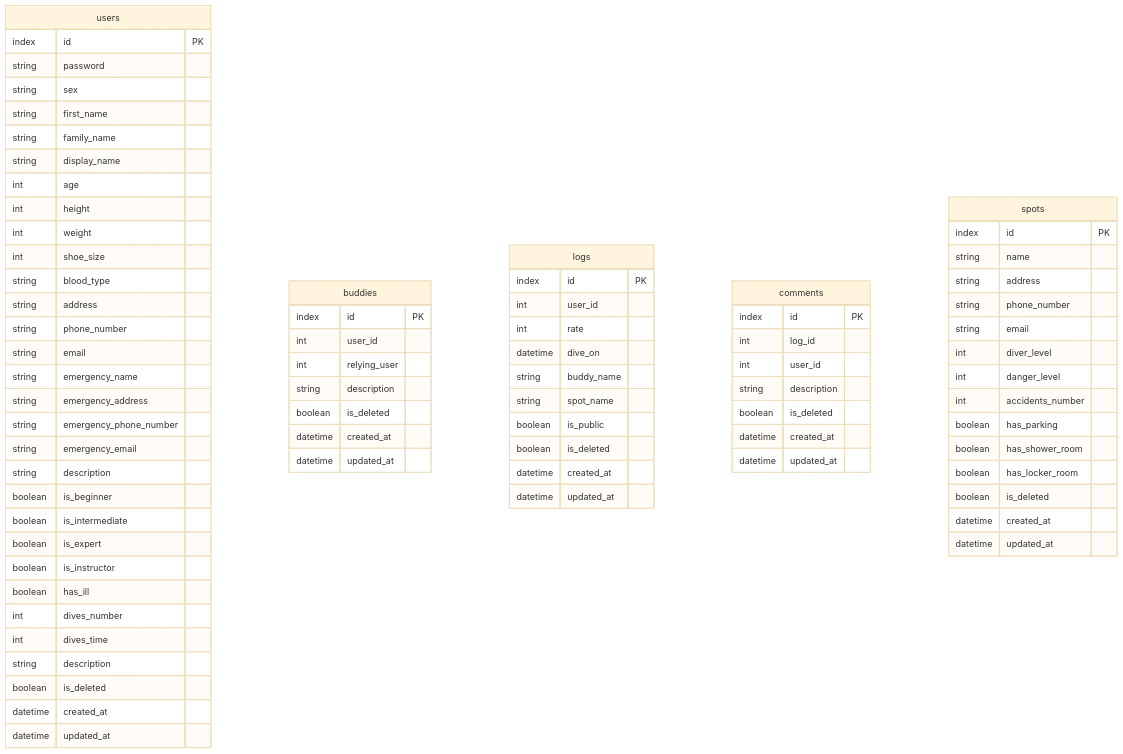
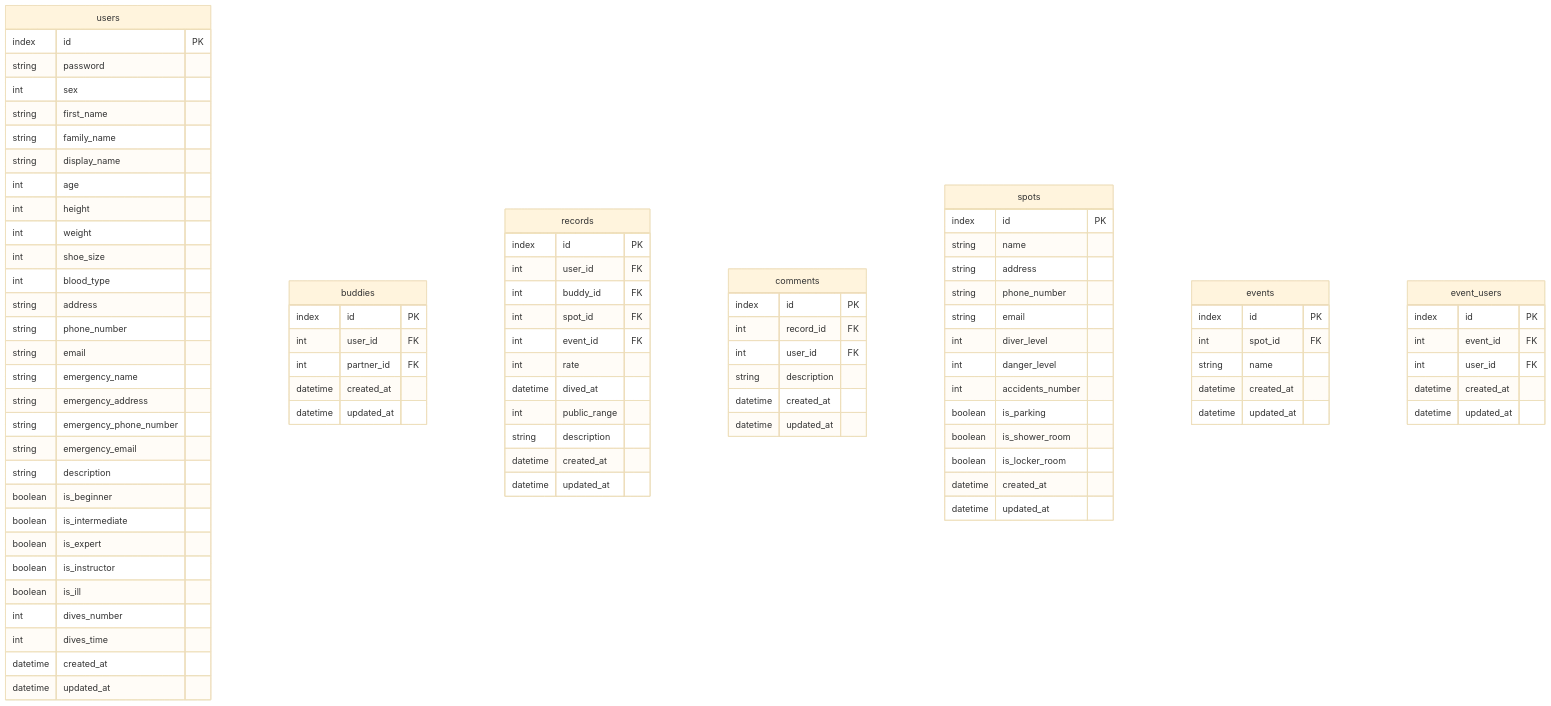
Before and after one commit to ito-hisanori/Sonar: the diagram in docs/ER.md, drawn with Mermaid (base theme).

```diff
--- a/docs/ER.md
+++ b/docs/ER.md
@@ -4,7 +4,7 @@
   users {
     index id PK
     string password
-    string sex
+    int sex
     string first_name
     string family_name
     string display_name
@@ -12,7 +12,7 @@
     int height
     int weight
     int shoe_size
-    string blood_type
+    int blood_type
     string address
     string phone_number
     string email
@@ -25,49 +25,44 @@
     boolean is_intermediate
     boolean is_expert
     boolean is_instructor
-    boolean has_ill
+    boolean is_ill
     int dives_number
     int dives_time
-    string description
-    boolean is_deleted
     datetime created_at
     datetime updated_at
   }
 
   buddies {
     index id PK
-    int user_id
-    int relying_user
-    string description
-    boolean is_deleted
+    int user_id FK
+    int partner_id FK
     datetime created_at
     datetime updated_at
   }
 
-  logs {
+  records {
     index id PK
-    int user_id
+    int user_id FK
+    int buddy_id FK
+    int spot_id FK
+    int event_id FK
     int rate
-    datetime dive_on
-    string buddy_name
-    string spot_name
-    boolean is_public
-    boolean is_deleted
+    datetime dived_at
+    int public_range
+    string description
     datetime created_at
     datetime updated_at
   }
 
   comments {
     index id PK
-    int log_id
-    int user_id
+    int record_id FK
+    int user_id FK
     string description
-    boolean is_deleted
     datetime created_at
     datetime updated_at
   }
 
-  
   spots {
     index id PK
     string name
@@ -77,10 +72,25 @@
     int diver_level
     int danger_level
     int accidents_number
-    boolean has_parking
-    boolean has_shower_room
-    boolean has_locker_room
-    boolean is_deleted
+    boolean is_parking
+    boolean is_shower_room
+    boolean is_locker_room
+    datetime created_at
+    datetime updated_at
+  }
+
+  events {
+    index id PK
+    int spot_id FK
+    string name
+    datetime created_at
+    datetime updated_at
+  }
+
+  event_users {
+    index id PK
+    int event_id FK
+    int user_id FK
     datetime created_at
     datetime updated_at
   }
```
